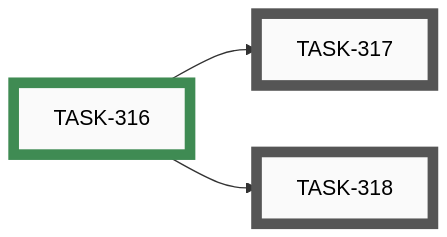
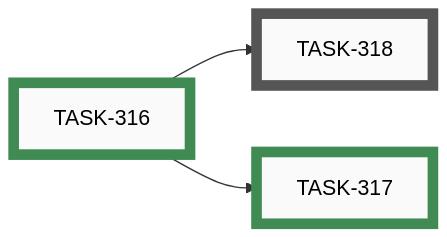
Before and after one commit to tgd1975/AwesomeStudioPedal: the sixth of 7 diagrams in docs/developers/tasks/EPICS.md, drawn with Mermaid. The commit also changed other lines of this file and 5 other files, not shown here.

First line of the commit message:
close TASK-317: /ts-epic-new auto-fills branch: feature/<epic-slug>

````diff
--- a/docs/developers/tasks/EPICS.md
+++ b/docs/developers/tasks/EPICS.md
@@ -210,19 +210,19 @@
 ```mermaid
 graph LR
-    TASK_317["TASK-317"]:::open
     TASK_318["TASK-318"]:::open
     TASK_316["TASK-316"]:::closed
+    TASK_317["TASK-317"]:::closed
+    TASK_316 --> TASK_318
     TASK_316 --> TASK_317
-    TASK_316 --> TASK_318
-    click TASK_317 "open/task-317-ts-epic-new-autofill-branch.md"
     click TASK_318 "open/task-318-ts-task-active-branch-nag.md"
     click TASK_316 "closed/task-316-epic-branch-frontmatter-field.md"
+    click TASK_317 "closed/task-317-ts-epic-new-autofill-branch.md"
     classDef open    fill:#FAFAFA,stroke:#555,stroke-width:8px,color:#000
     classDef active  fill:#FAFAFA,stroke:#1A6FA8,stroke-width:8px,color:#000
     classDef closed  fill:#FAFAFA,stroke:#3F8B53,stroke-width:8px,color:#000
     classDef paused  fill:#FAFAFA,stroke:#B07810,stroke-width:8px,color:#000
     classDef openExt    fill:#000,stroke:#888,stroke-width:8px,color:#FFF
     classDef activeExt  fill:#000,stroke:#3FA9F5,stroke-width:8px,color:#FFF
     classDef closedExt  fill:#000,stroke:#7CC68A,stroke-width:8px,color:#FFF
     classDef pausedExt  fill:#000,stroke:#F0B030,stroke-width:8px,color:#FFF
 ```
````
